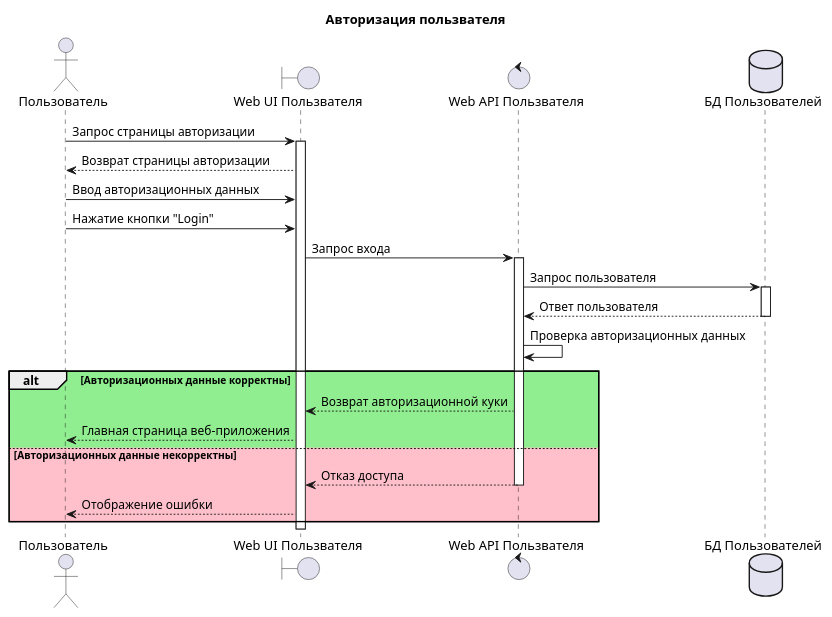
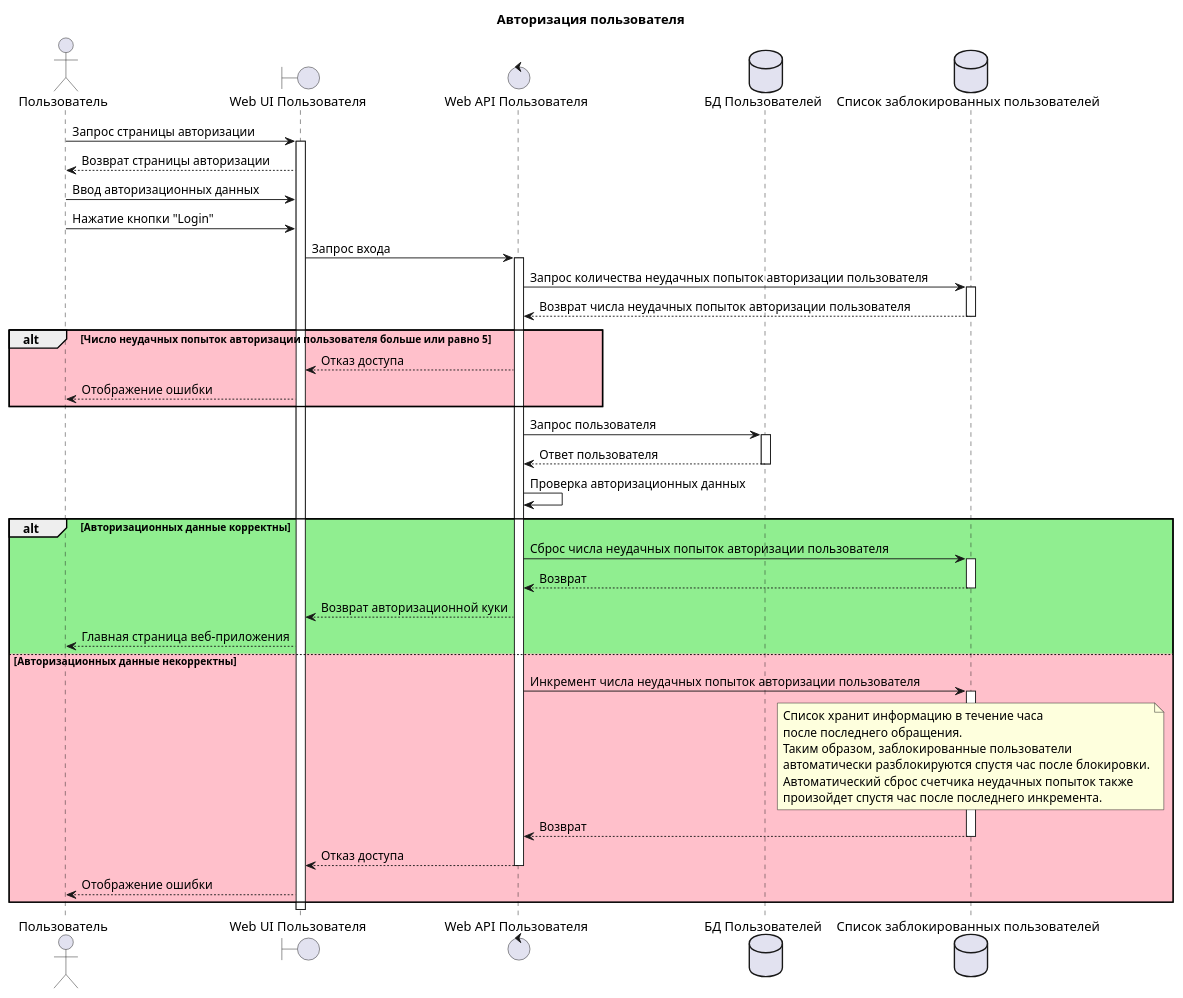
Before and after one commit to mrypdm/JobSystem: the second of 5 diagrams in docs/diagrams/sequence/User.WebApp.puml, drawn with PlantUML. The commit also changed other lines of this file and 7 other files, not shown here.

```diff
--- a/docs/diagrams/sequence/User.WebApp.puml
+++ b/docs/diagrams/sequence/User.WebApp.puml
@@ -24,31 +24,52 @@
 @startuml User sign in
 
-title Авторизация пользвателя
+title Авторизация пользователя
 
 actor Пользователь as USER
-boundary "Web UI Пользвателя" as UI
-control "Web API Пользвателя" as API
+boundary "Web UI Пользователя" as UI
+control "Web API Пользователя" as API
 database "БД Пользователей" as DB
+database "Список заблокированных пользователей" as BLOCKED
 
 USER -> UI++: Запрос страницы авторизации
 UI --> USER: Возврат страницы авторизации
 USER -> UI: Ввод авторизационных данных
 USER -> UI: Нажатие кнопки "Login"
 UI -> API++: Запрос входа
+API -> BLOCKED++: Запрос количества неудачных попыток авторизации пользователя
+BLOCKED --> API--: Возврат числа неудачных попыток авторизации пользователя
+
+alt #Pink Число неудачных попыток авторизации пользователя больше или равно 5
+    API --> UI: Отказ доступа
+    UI --> USER: Отображение ошибки
+end
+
 API -> DB++: Запрос пользователя
 DB --> API--: Ответ пользователя
 API -> API: Проверка авторизационных данных
 
 alt #LightGreen Авторизационных данные корректны
 
+    API -> BLOCKED++: Сброс числа неудачных попыток авторизации пользователя
+    BLOCKED --> API--: Возврат
     API --> UI: Возврат авторизационной куки
     UI --> USER: Главная страница веб-приложения
 
 else #Pink Авторизационных данные некорректны
 
+    API -> BLOCKED++: Инкремент числа неудачных попыток авторизации пользователя
+    note over BLOCKED
+        Список хранит информацию в течение часа
+        после последнего обращения.
+        Таким образом, заблокированные пользователи
+        автоматически разблокируются спустя час после блокировки.
+        Автоматический сброс счетчика неудачных попыток также
+        произойдет спустя час после последнего инкремента.
+    end note
+    BLOCKED --> API--: Возврат
     API --> UI--: Отказ доступа
     UI --> USER: Отображение ошибки
 
 end
 
 @enduml
```
